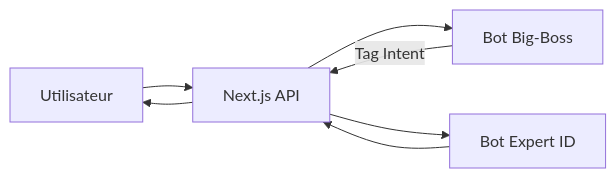
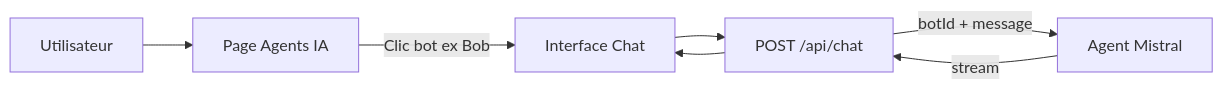
One commit to Allianz-Marseille/saas-27102025 changed the diagram in docs/bots-prelude/bot-agent-ia-standard.md. Above: the diagram before and after it, drawn with Mermaid. The commit also changed other lines of this file and 7 other files, not shown here.

First line of the commit message:
refactor(ia): architecture Bots Outils — suppression Big-Boss, chat direct par botId

````diff
--- a/docs/bots-prelude/bot-agent-ia-standard.md
+++ b/docs/bots-prelude/bot-agent-ia-standard.md
@@ -87,9 +16,9 @@
 ```mermaid
 flowchart LR
-    U[Utilisateur] --> API[Next.js API]
-    API --> BB[Bot Big-Boss]
-    BB -->|Tag Intent| API
-    API --> Expert[Bot Expert ID]
-    Expert --> API
-    API --> U
+    User[Utilisateur] --> Page[Page Agents IA]
+    Page -->|Clic bot ex Bob| Chat[Interface Chat]
+    Chat --> API[POST /api/chat]
+    API -->|botId + message| Mistral[Agent Mistral]
+    Mistral -->|stream| API
+    API --> Chat
 ```
````
